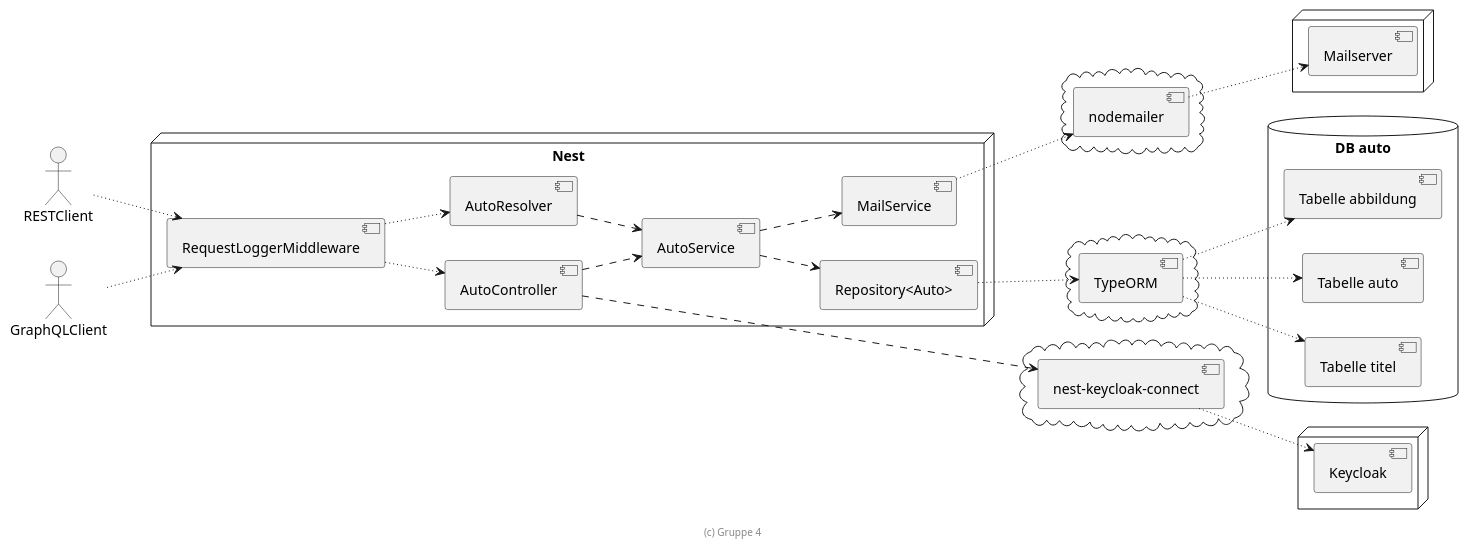
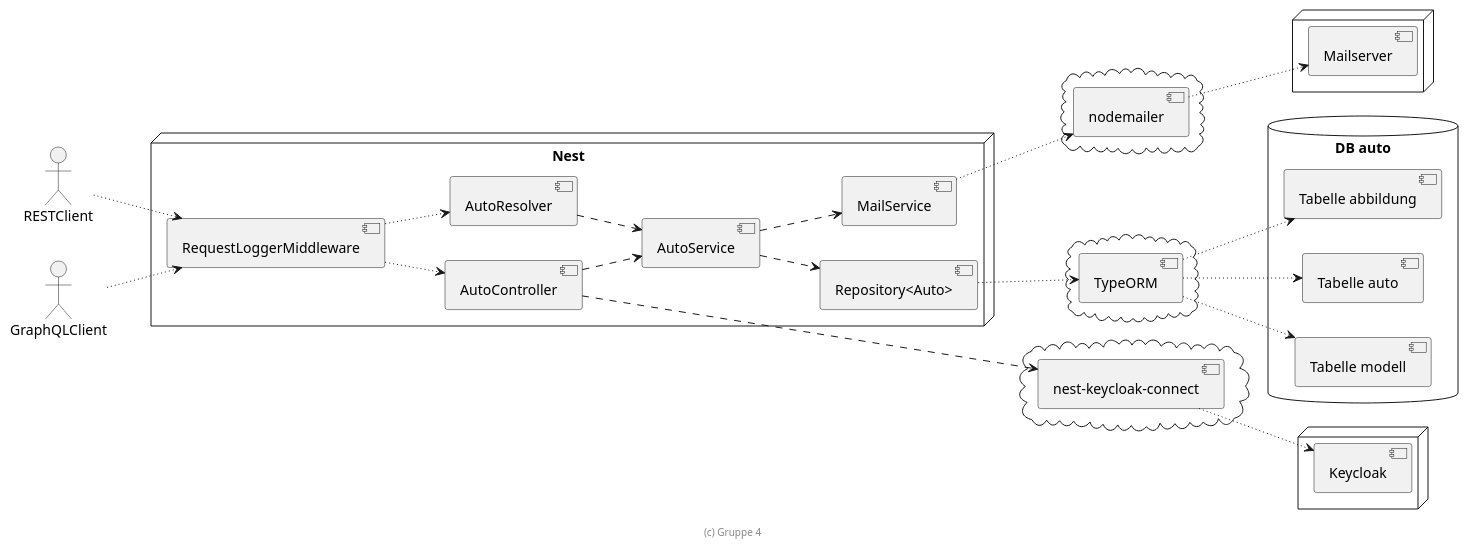
Before and after one commit to dominikwipfler/swe: the diagram in .extras/doc/projekthandbuch/komponenten.plantuml, drawn with PlantUML. The commit also changed 18 other files, not shown here.

```diff
--- a/.extras/doc/projekthandbuch/komponenten.plantuml
+++ b/.extras/doc/projekthandbuch/komponenten.plantuml
@@ -18,74 +18,74 @@
 @startuml Komponenten
 
 left to right direction
 
 actor RESTClient
 actor GraphQLClient
 
 node "Nest" {
   [RequestLoggerMiddleware]
 
   [AutoController]
   [AutoResolver]
 
   [AutoService]
 
   [Repository<Auto>]
 
   [MailService]
 }
 
 
 cloud {
     [TypeORM]
 }
 
 cloud {
     [nest-keycloak-connect]
 }
 
 cloud {
     [nodemailer]
 }
 
 database "DB auto" {
     [Tabelle auto]
-    [Tabelle titel]
+    [Tabelle modell]
     [Tabelle abbildung]
 }
 
 node {
     [Keycloak]
 }
 
 node {
     [Mailserver]
 }
 
 RESTClient ~~> [RequestLoggerMiddleware]
 GraphQLClient ~~> [RequestLoggerMiddleware]
 
 [RequestLoggerMiddleware] ~~> [AutoController]
 [RequestLoggerMiddleware] ~~> [AutoResolver]
 
 [AutoController] ..> [AutoService]
 [AutoResolver] ..> [AutoService]
 [AutoService] ..> [Repository<Auto>]
 
 [Repository<Auto>] ~~> [TypeORM]
 [TypeORM] ~~> [Tabelle auto]
-[TypeORM] ~~> [Tabelle titel]
+[TypeORM] ~~> [Tabelle modell]
 [TypeORM] ~~> [Tabelle abbildung]
 
 [AutoController] ..> [nest-keycloak-connect]
 [nest-keycloak-connect] ~~> [Keycloak]
 
 [AutoService] ..> [MailService]
 [MailService] ~~> [nodemailer]
 [nodemailer] ~~> [Mailserver]
 
 [MailService] ~[hidden]~> [nest-keycloak-connect]
 
 footer (c) Gruppe 4
 
 @enduml
```
